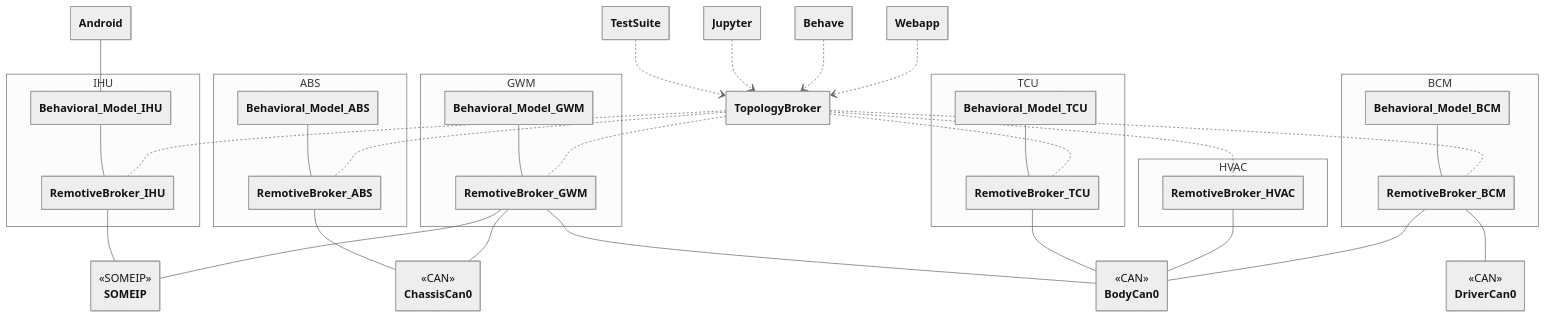
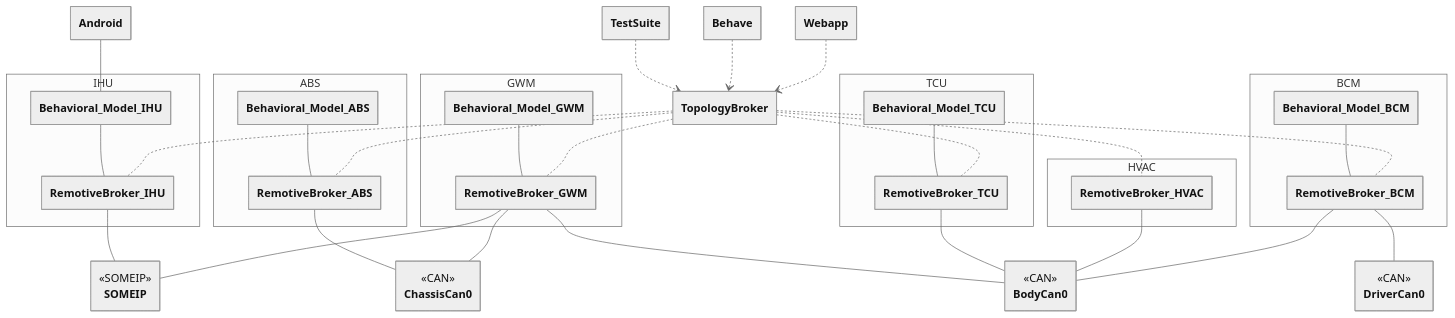
Before and after one commit to remotivelabs/remotivelabs-topology-examples: the first of 2 diagrams in remotive_car/instances/android/README.md, drawn with Mermaid (neutral theme). The commit also changed other lines of this file and 3 other files, not shown here.

```diff
--- a/remotive_car/instances/android/README.md
+++ b/remotive_car/instances/android/README.md
@@ -71,7 +71,6 @@
     class TopologyBroker
     class Android
     class TestSuite
-    class Jupyter
     class Webapp
     class Behave
 
@@ -98,7 +97,6 @@
     Android -- Behavioral_Model_IHU
 
     TestSuite ..> TopologyBroker
-    Jupyter ..> TopologyBroker
     Behave ..> TopologyBroker
     Webapp ..> TopologyBroker
 
```
